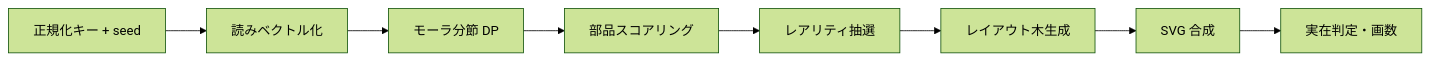
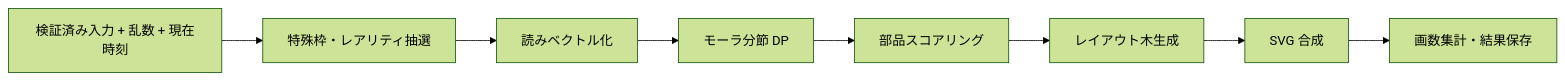
One commit to sohohold/kanji-gacha changed the first of 2 diagrams in spec.md. Above: the diagram before and after it, drawn with Mermaid (forest theme). The commit also changed other lines of this file, not shown here.

````diff
--- a/spec.md
+++ b/spec.md
@@ -52,10 +65,10 @@
 ```mermaid
 flowchart LR
-  A[正規化キー + seed] --> B[読みベクトル化]
+  A[検証済み入力 + 乱数 + 現在時刻] --> E[特殊枠・レアリティ抽選]
+  E --> B[読みベクトル化]
   B --> C[モーラ分節 DP]
   C --> D[部品スコアリング]
-  D --> E[レアリティ抽選]
-  E --> F[レイアウト木生成]
+  D --> F[レイアウト木生成]
   F --> G[SVG 合成]
-  G --> H[実在判定・画数]
+  G --> H[画数集計・結果保存]
 ```
````
